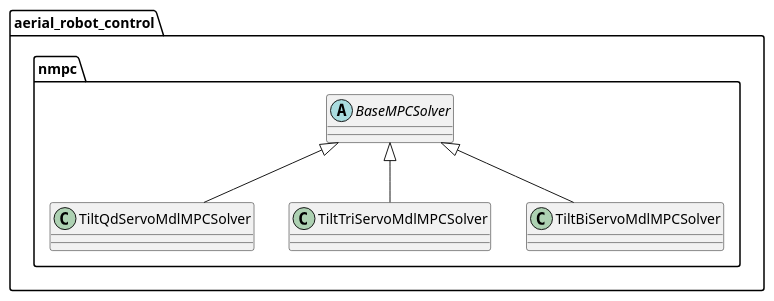
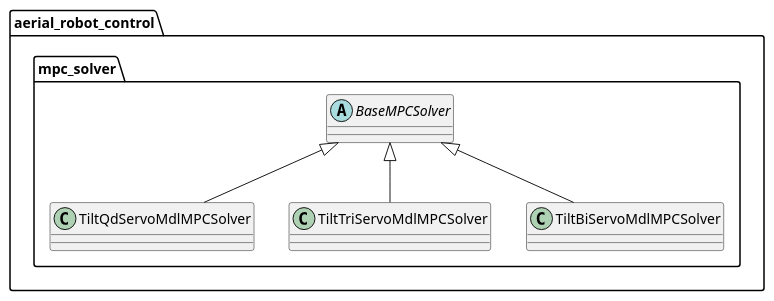
One commit to jsk-ros-pkg/jsk_aerial_robot changed the diagram in docs/UMLs/nmpc_solver.puml. Above: the diagram before and after it, drawn with PlantUML. The commit also changed 1 other file, not shown here.

Commit message:
[UML]: update

```diff
--- a/docs/UMLs/nmpc_solver.puml
+++ b/docs/UMLs/nmpc_solver.puml
@@ -1,23 +1,23 @@
 @startuml
 'https://plantuml.com/class-diagram
 
 set namespaceSeparator ::
 
-abstract class aerial_robot_control::nmpc::BaseMPCSolver
+abstract class aerial_robot_control::mpc_solver::BaseMPCSolver
 
 'all the solvers are based on the same base class
 
-class aerial_robot_control::nmpc::TiltQdServoMdlMPCSolver {
+class aerial_robot_control::mpc_solver::TiltQdServoMdlMPCSolver {
 }
 
-class aerial_robot_control::nmpc::TiltTriServoMdlMPCSolver {
+class aerial_robot_control::mpc_solver::TiltTriServoMdlMPCSolver {
 }
 
-class aerial_robot_control::nmpc::TiltBiServoMdlMPCSolver {
+class aerial_robot_control::mpc_solver::TiltBiServoMdlMPCSolver {
 }
 
 BaseMPCSolver <|-- TiltQdServoMdlMPCSolver
 BaseMPCSolver <|-- TiltTriServoMdlMPCSolver
 BaseMPCSolver <|-- TiltBiServoMdlMPCSolver
 
 @enduml
```
